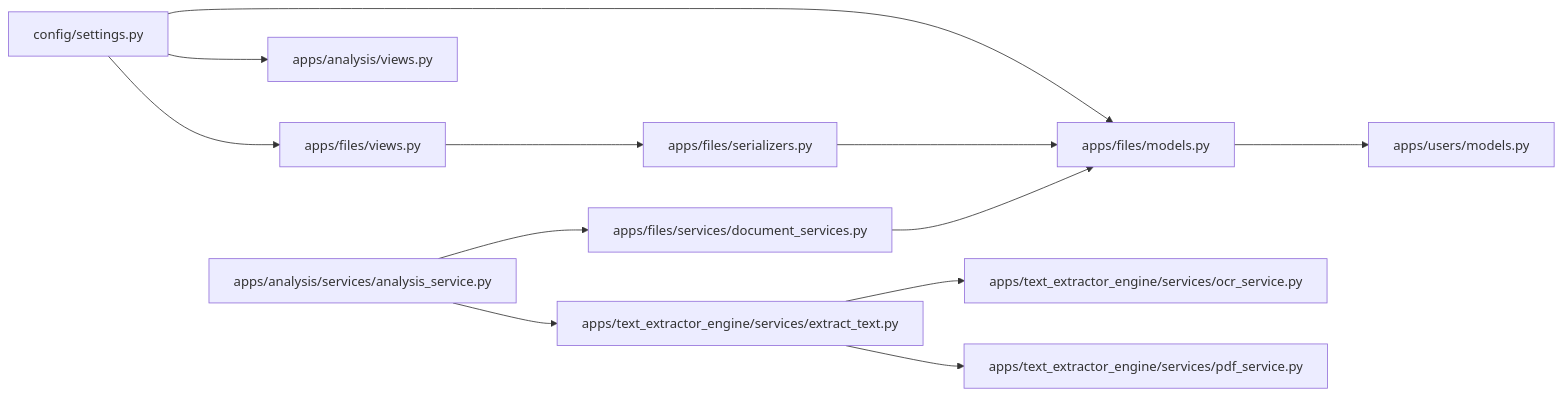
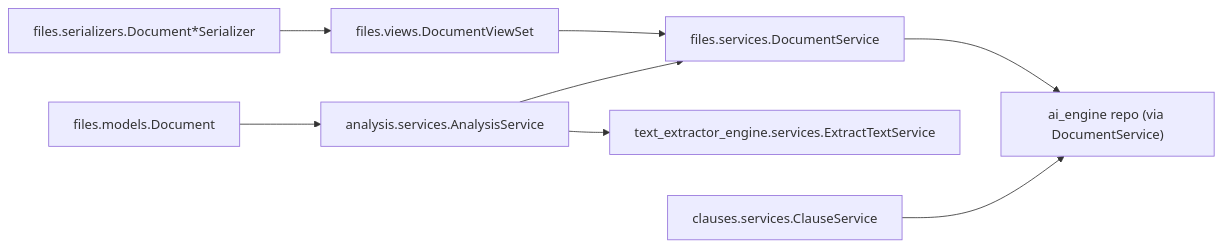
Before and after one commit to HamzaHindo/veritasshield: the seventh of 7 diagrams in backend/.qoder/repowiki/en/content/Document Management/Document Management.md, drawn with Mermaid. The commit also changed other lines of this file and 49 other files, not shown here.

````diff
--- a/backend/.qoder/repowiki/en/content/Document Management/Document Management.md
+++ b/backend/.qoder/repowiki/en/content/Document Management/Document Management.md
@@ -394,14 +407,10 @@
 ```mermaid
 graph LR
-Settings["config/settings.py"] --> FilesModels["apps/files/models.py"]
-Settings --> FilesViews["apps/files/views.py"]
-Settings --> AnalysisViews["apps/analysis/views.py"]
-FilesViews --> FilesSerializers["apps/files/serializers.py"]
-FilesSerializers --> FilesModels
-FilesServices["apps/files/services/document_services.py"] --> FilesModels
-AnalysisService["apps/analysis/services/analysis_service.py"] --> FilesServices
-AnalysisService --> ExtractText["apps/text_extractor_engine/services/extract_text.py"]
-ExtractText --> OCR["apps/text_extractor_engine/services/ocr_service.py"]
-ExtractText --> PDF["apps/text_extractor_engine/services/pdf_service.py"]
-FilesModels --> UsersModels["apps/users/models.py"]
+FilesModels["files.models.Document"] --> AnalysisService["analysis.services.AnalysisService"]
+FilesSerializers["files.serializers.Document*Serializer"] --> FilesViews["files.views.DocumentViewSet"]
+FilesViews --> FilesServices["files.services.DocumentService"]
+AnalysisService --> FilesServices
+AnalysisService --> ExtractText["text_extractor_engine.services.ExtractTextService"]
+FilesServices --> ClauseRepo["ai_engine repo (via DocumentService)"]
+ClauseService["clauses.services.ClauseService"] --> ClauseRepo
 ```
````
